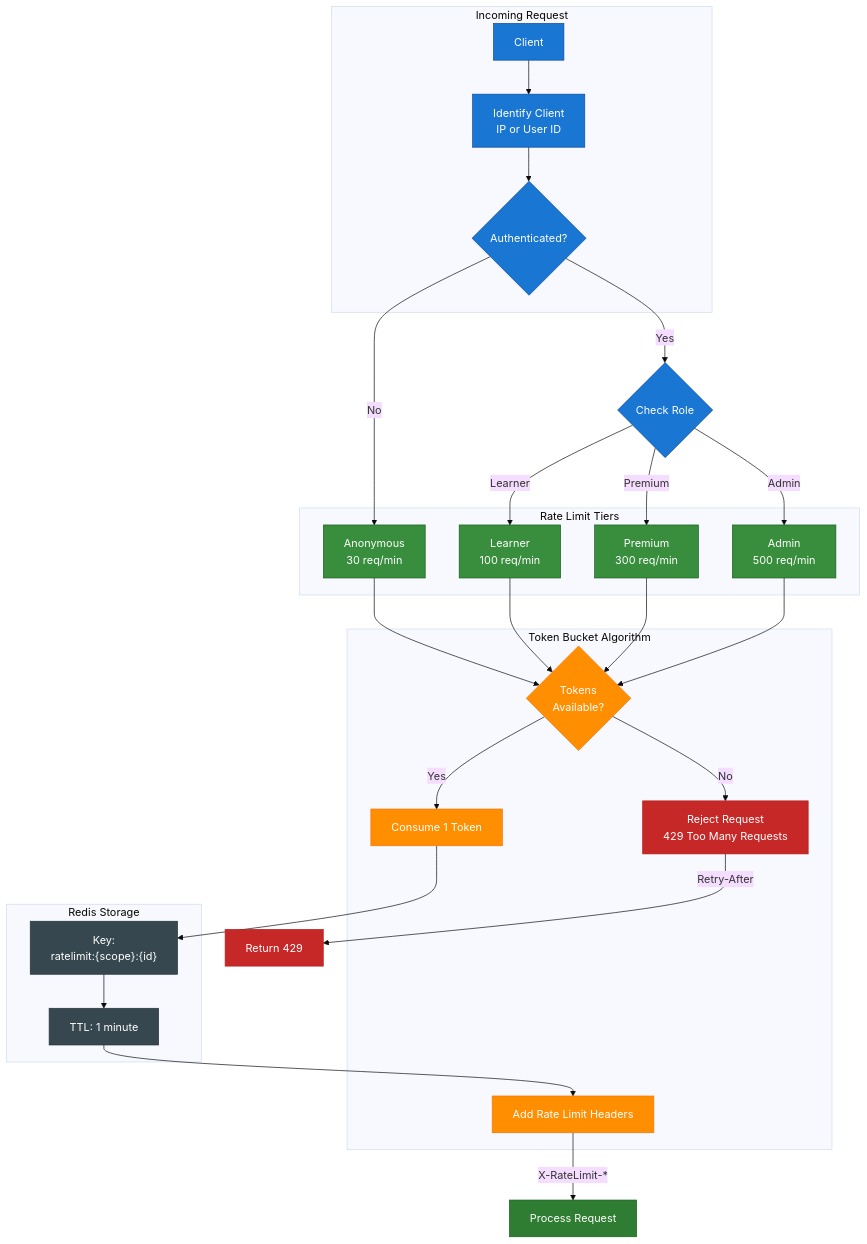
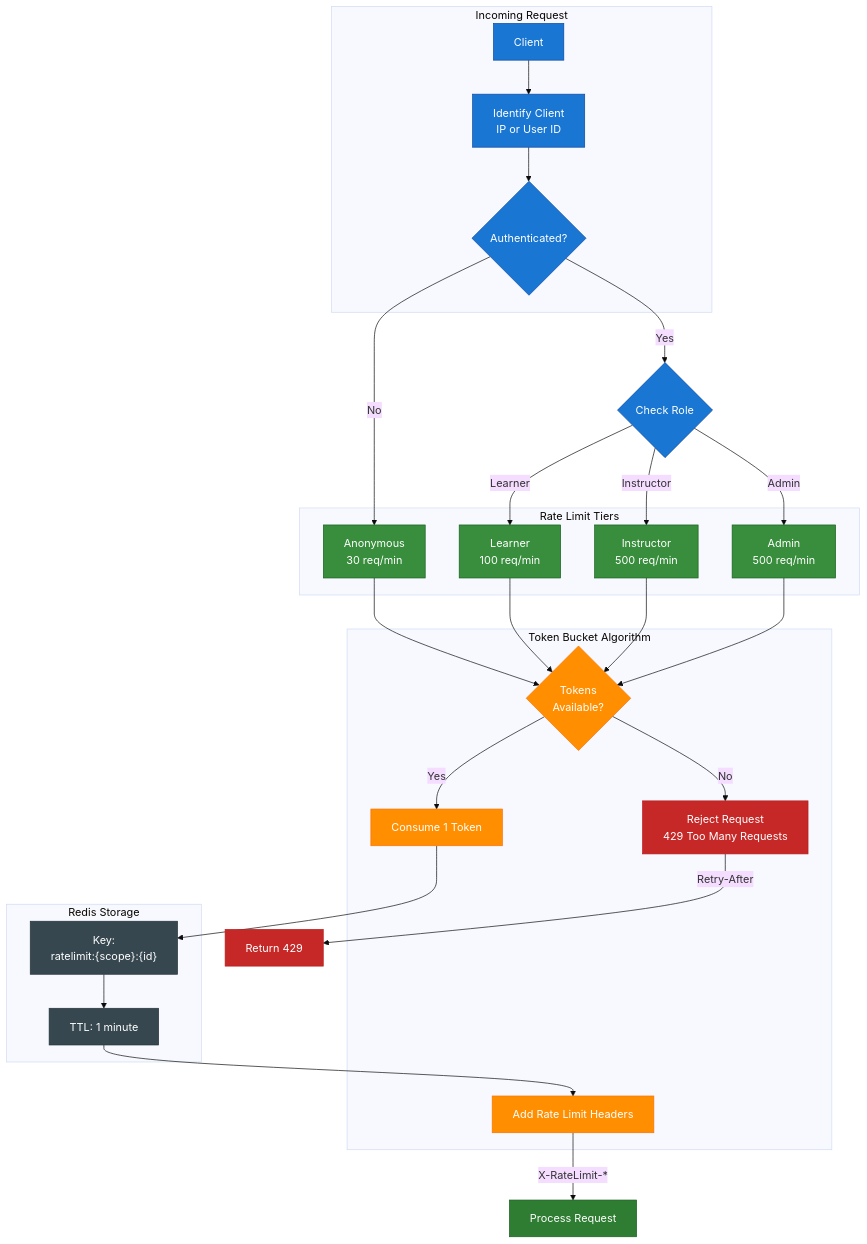
One commit to nghyane/VSTEP changed the diagram in docs/capstone/specs/rate-limiting.vi.md. Above: the diagram before and after it, drawn with Mermaid (base theme). The commit also changed other lines of this file and 6 other files, not shown here.

First line of the commit message:
docs(specs): unify architecture - remove FastAPI layer, standardize endpoints, add SSE spec

````diff
--- a/docs/capstone/specs/rate-limiting.vi.md
+++ b/docs/capstone/specs/rate-limiting.vi.md
@@ -9,62 +9,62 @@
 ```mermaid
 flowchart TB
     subgraph Request["Incoming Request"]
         Client["Client"]
         Identify["Identify Client<br/>IP or User ID"]
         CheckAuth{"Authenticated?"}
     end
 
     subgraph Tiers["Rate Limit Tiers"]
         Anonymous["Anonymous<br/>30 req/min"]
         Learner["Learner<br/>100 req/min"]
-        Premium["Premium<br/>300 req/min"]
+        Instructor["Instructor<br/>500 req/min"]
         Admin["Admin<br/>500 req/min"]
     end
 
     subgraph TokenBucket["Token Bucket Algorithm"]
         CheckBucket{"Tokens<br/>Available?"}
         Consume["Consume 1 Token"]
         Reject["Reject Request<br/>429 Too Many Requests"]
         AddHeaders["Add Rate Limit Headers"]
     end
 
     subgraph Redis["Redis Storage"]
         Key["Key:<br/>ratelimit:{scope}:{id}"]
         TTL["TTL: 1 minute"]
     end
 
     Client --> Identify
     Identify --> CheckAuth
     CheckAuth -->|No| Anonymous
     CheckAuth -->|Yes| CheckRole{"Check Role"}
     CheckRole -->|Learner| Learner
-    CheckRole -->|Premium| Premium
+    CheckRole -->|Instructor| Instructor
     CheckRole -->|Admin| Admin
 
     Anonymous --> CheckBucket
     Learner --> CheckBucket
-    Premium --> CheckBucket
+    Instructor --> CheckBucket
     Admin --> CheckBucket
 
     CheckBucket -->|Yes| Consume
     CheckBucket -->|No| Reject
     Consume --> Key
     Key --> TTL
     TTL --> AddHeaders
     AddHeaders -->|X-RateLimit-*| Process["Process Request"]
     Reject -->|Retry-After| ClientError["Return 429"]
 
     classDef client fill:#1976d2,stroke:#0d47a1,color:#fff
     classDef tier fill:#388e3c,stroke:#1b5e20,color:#fff
     classDef bucket fill:#ff8f00,stroke:#ff6f00,color:#fff
     classDef reject fill:#c62828,stroke:#b71c1c,color:#fff
     classDef success fill:#2e7d32,stroke:#1b5e20,color:#fff
     classDef redis fill:#37474f,stroke:#263238,color:#fff
 
     class Client,Identify,CheckAuth,CheckRole client
-    class Anonymous,Learner,Premium,Admin tier
+    class Anonymous,Learner,Instructor,Admin tier
     class CheckBucket,Consume,AddHeaders bucket
     class Reject,ClientError reject
     class Process success
     class Key,TTL redis
 ```
````
